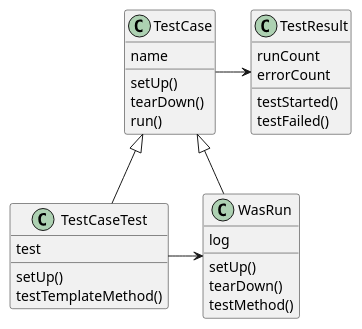
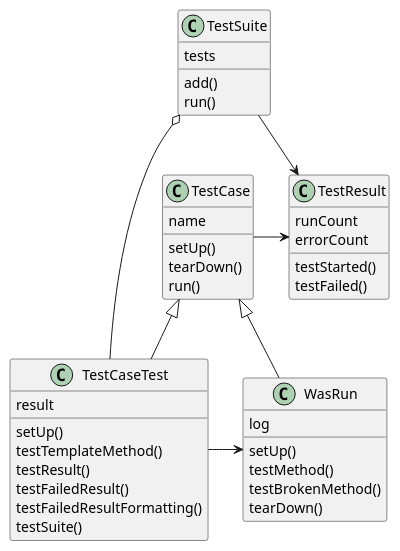
The diagram in docs/_tdd.md (k2works/etude_for_python), drawn with PlantUML before and after one commit. The commit also changed other lines of this file and 3 other files, not shown here.

````diff
--- a/docs/_tdd.md
+++ b/docs/_tdd.md
@@ -27,29 +27,41 @@
 ```puml
 class TestResult {
   runCount
   errorCount
   testStarted()
   testFailed()
 }
 class TestCase {
   name
   setUp()
   tearDown()
   run()
 }
 class WasRun {
   log
   setUp()  
+  testMethod()
+  testBrokenMethod()
   tearDown()
-  testMethod()
 }
 class TestCaseTest {  
-  test
+  result
   setUp()
   testTemplateMethod()
+  testResult()
+  testFailedResult()
+  testFailedResultFormatting()
+  testSuite()
+}
+class TestSuite {
+  tests
+  add()
+  run()
 }
 TestCase <|-- TestCaseTest
 TestCase <|-- WasRun
 TestCaseTest -> WasRun
 TestCase -> TestResult
+TestSuite o--r TestCaseTest
+TestSuite --> TestResult
 ```
````
